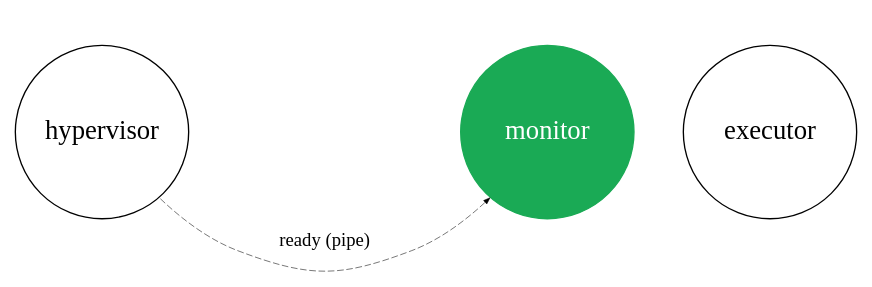
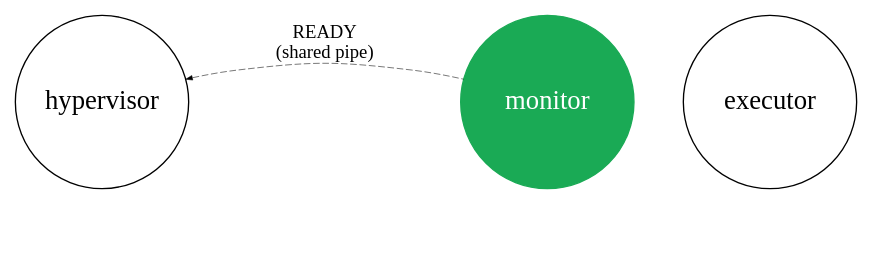
One commit to evomassiny/simple-scheduler changed the diagram in doc/spawing-process/step-7.dot. Above: the diagram before and after it, drawn with Graphviz. The commit also changed 3 other files, not shown here.

```diff
--- a/doc/spawing-process/step-7.dot
+++ b/doc/spawing-process/step-7.dot
@@ -1,20 +1,19 @@
 digraph step {
     rankdir="LR";
     ranksep=0.5;
 
     node[fontsize=20, shape=circle, width=1.8];
     edge[penwidth=0.4, arrowsize=0.5];
 
     "hypervisor";
     "monitor" [color="#1aaa55", style=filled, fontcolor=white];
     "executor";
 
     "tmp"[style=invis];
     "hypervisor" -> "tmp" [style=invis];
     "tmp" -> "monitor" [style=invis];
 
-    "hypervisor" -> "monitor" [style=invis];
     "monitor" -> "executor"[style=invis];
 
-    "monitor" -> "hypervisor"[style=dashed, label="ready (pipe)", dir=back];
+    "hypervisor" -> "monitor" [style=dashed, dir=back, label="READY\n(shared pipe)"];
 }
```
